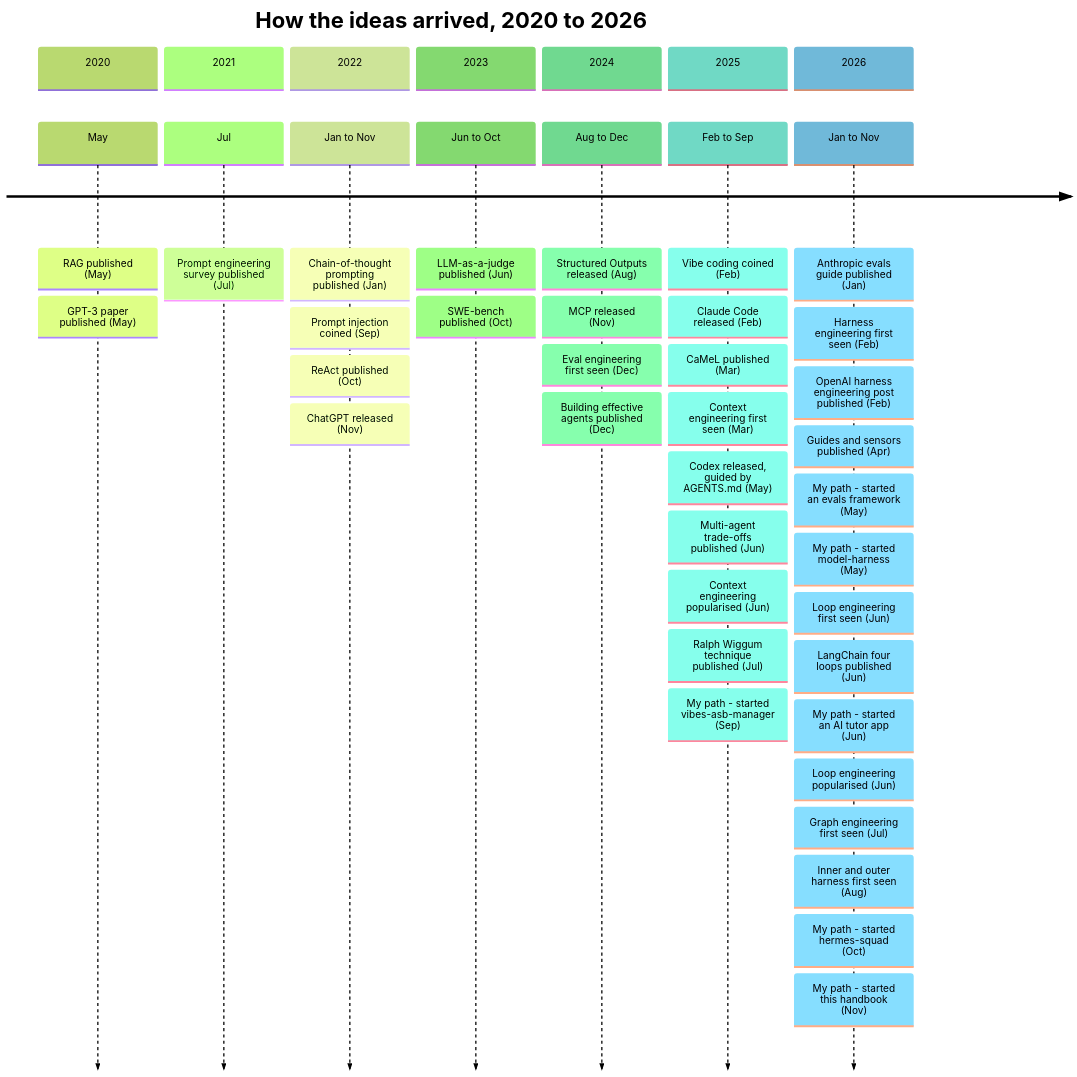
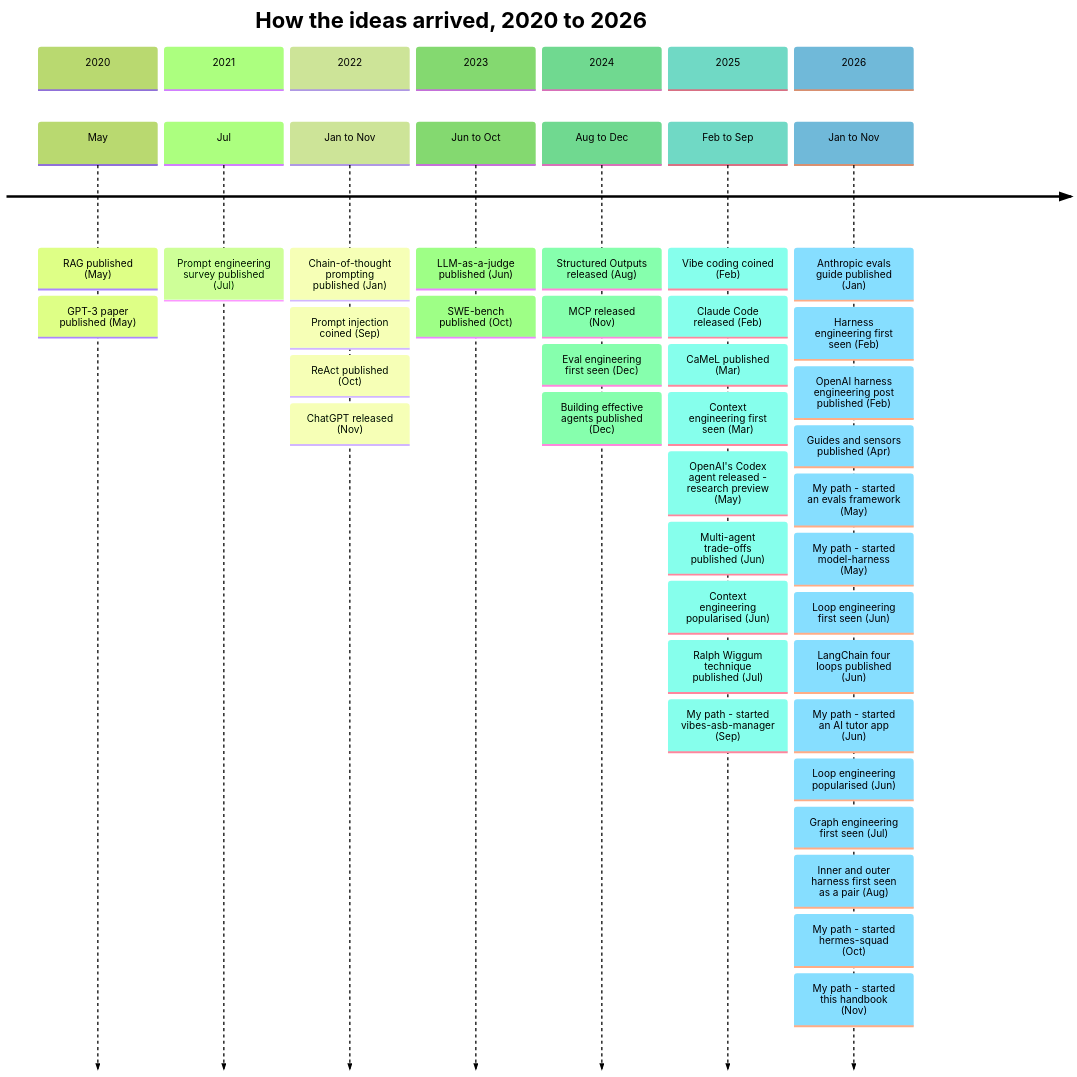
The diagram in 3-engineer/how-the-ideas-arrived.md (AnilKerai/applied-ai-handbook), drawn with Mermaid (forest theme) before and after one commit. The commit also changed other lines of this file and 3 other files, not shown here.

Commit message:
Engineer: map and timeline, review fixes

````diff
--- a/3-engineer/how-the-ideas-arrived.md
+++ b/3-engineer/how-the-ideas-arrived.md
@@ -33,47 +33,47 @@
 ```mermaid
 timeline
     title How the ideas arrived, 2020 to 2026
     section 2020
         May : RAG published (May)
             : GPT-3 paper published (May)
     section 2021
         Jul : Prompt engineering survey published (Jul)
     section 2022
         Jan to Nov : Chain-of-thought prompting published (Jan)
                    : Prompt injection coined (Sep)
                    : ReAct published (Oct)
                    : ChatGPT released (Nov)
     section 2023
         Jun to Oct : LLM-as-a-judge published (Jun)
                    : SWE-bench published (Oct)
     section 2024
         Aug to Dec : Structured Outputs released (Aug)
                    : MCP released (Nov)
                    : Eval engineering first seen (Dec)
                    : Building effective agents published (Dec)
     section 2025
         Feb to Sep : Vibe coding coined (Feb)
                    : Claude Code released (Feb)
                    : CaMeL published (Mar)
                    : Context engineering first seen (Mar)
-                   : Codex released, guided by AGENTS.md (May)
+                   : OpenAI's Codex agent released - research preview (May)
                    : Multi-agent trade-offs published (Jun)
                    : Context engineering popularised (Jun)
                    : Ralph Wiggum technique published (Jul)
                    : My path - started vibes-asb-manager (Sep)
     section 2026
         Jan to Nov : Anthropic evals guide published (Jan)
                    : Harness engineering first seen (Feb)
                    : OpenAI harness engineering post published (Feb)
                    : Guides and sensors published (Apr)
                    : My path - started an evals framework (May)
                    : My path - started model-harness (May)
                    : Loop engineering first seen (Jun)
                    : LangChain four loops published (Jun)
                    : My path - started an AI tutor app (Jun)
                    : Loop engineering popularised (Jun)
                    : Graph engineering first seen (Jul)
-                   : Inner and outer harness first seen (Aug)
+                   : Inner and outer harness first seen as a pair (Aug)
                    : My path - started hermes-squad (Oct)
                    : My path - started this handbook (Nov)
 ```
````
